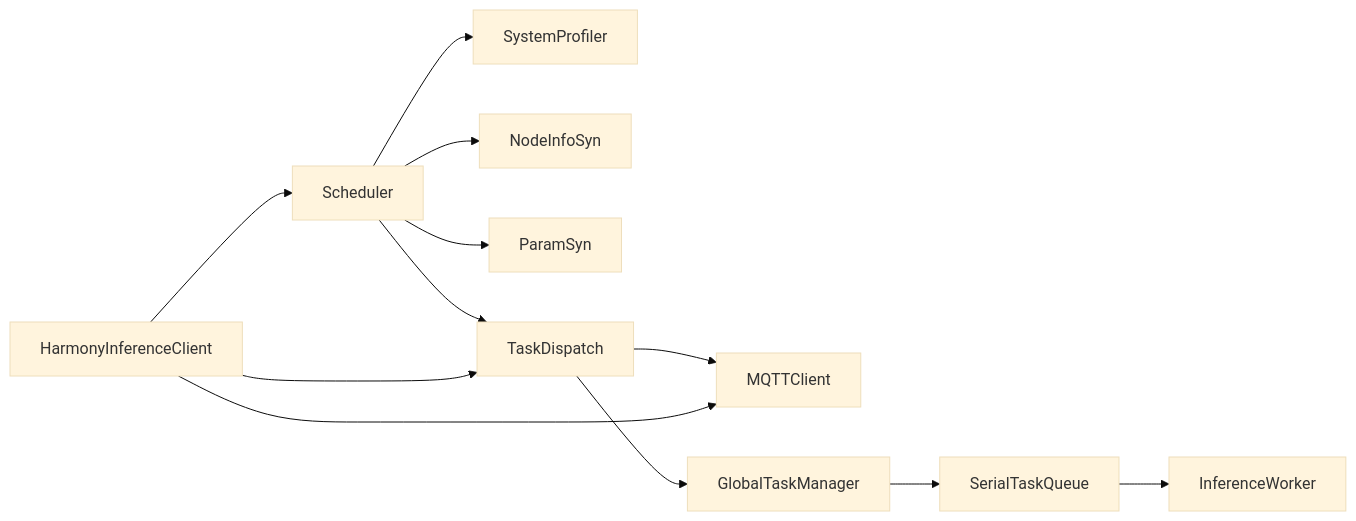
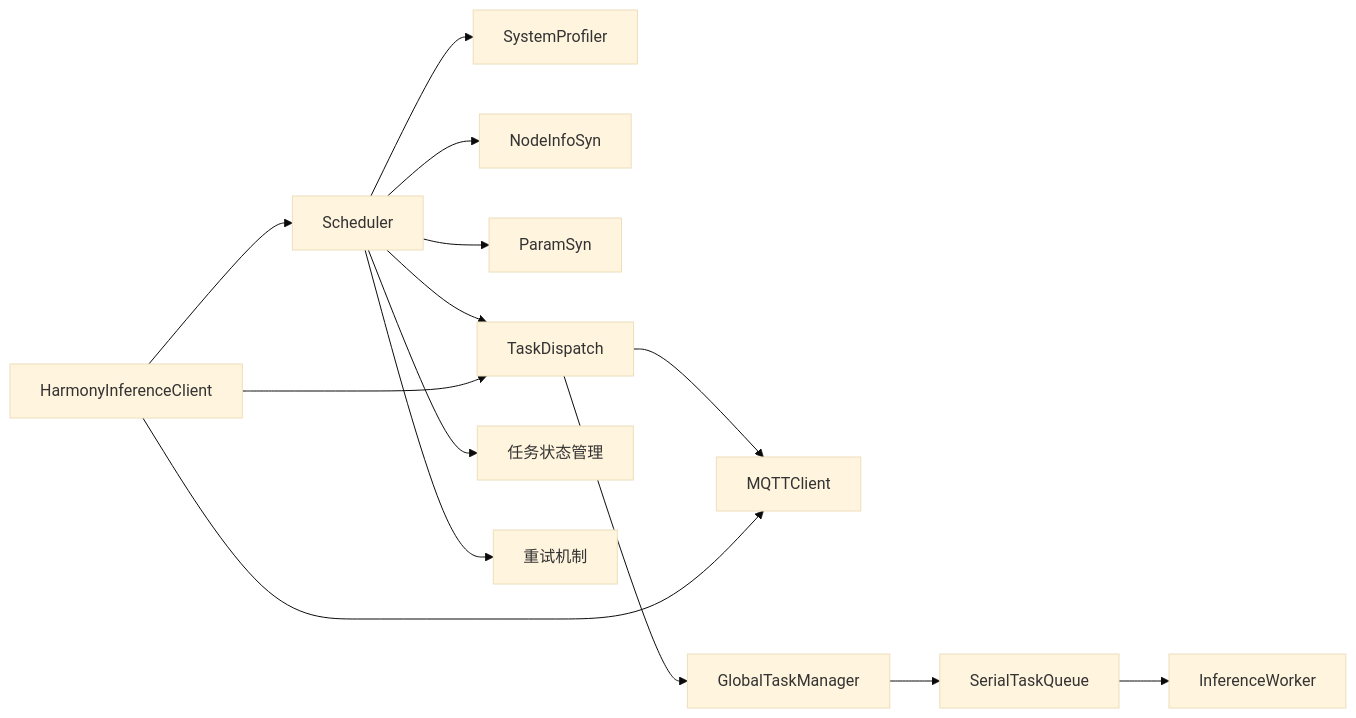
The eighth of 8 diagrams in .qoder/repowiki/zh/content/任务调度系统/任务调度器.md (huo65/OH-Co3), drawn with Mermaid (base theme) before and after one commit. The commit also changed other lines of this file and 6 other files, not shown here.

````diff
--- a/.qoder/repowiki/zh/content/任务调度系统/任务调度器.md
+++ b/.qoder/repowiki/zh/content/任务调度系统/任务调度器.md
@@ -314,14 +447,16 @@
 ```mermaid
 graph LR
 SCH["Scheduler"] --> SP["SystemProfiler"]
 SCH --> NI["NodeInfoSyn"]
 SCH --> PS["ParamSyn"]
 SCH --> TD["TaskDispatch"]
+SCH --> TS["任务状态管理"]
+SCH --> RM["重试机制"]
 TD --> MQTT["MQTTClient"]
 TD --> GTM["GlobalTaskManager"]
 GTM --> STQ["SerialTaskQueue"]
 STQ --> IW["InferenceWorker"]
 HIC["HarmonyInferenceClient"] --> SCH
 HIC --> TD
 HIC --> MQTT
 ```
````
